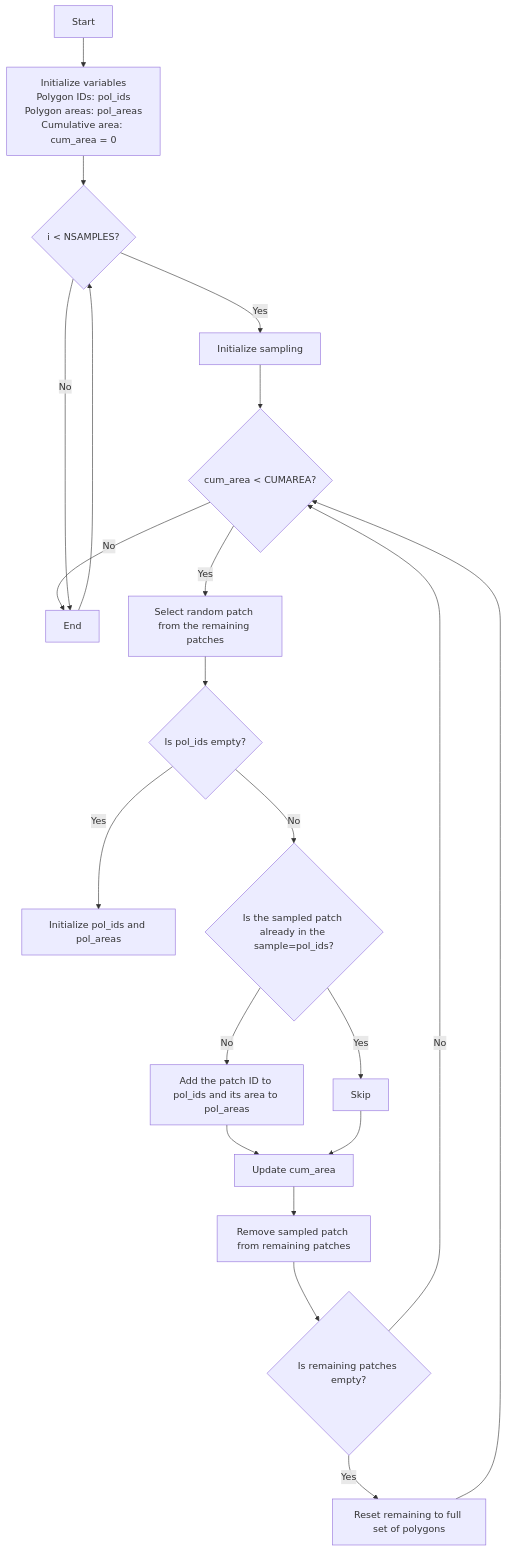
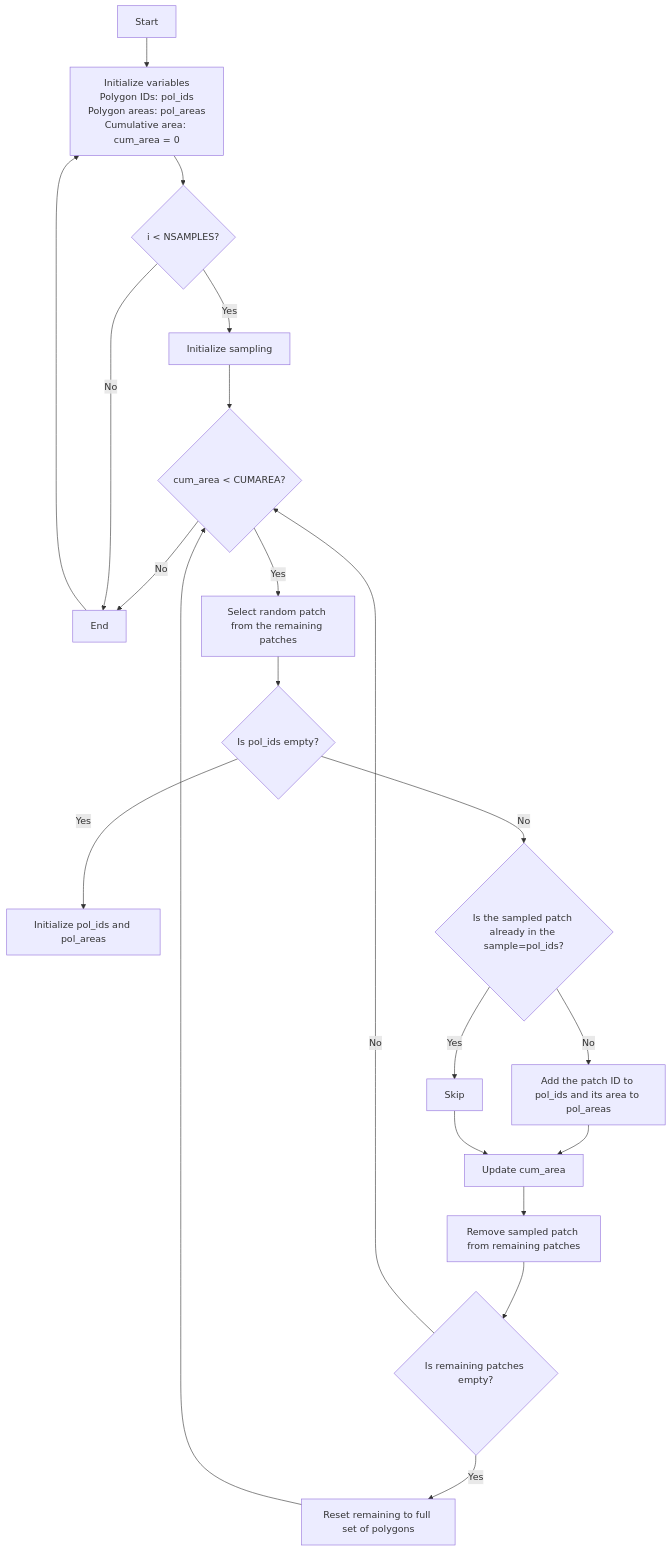
Before and after one commit to ManuelPopp/ZHConnect: the second of 2 diagrams in README.md, drawn with Mermaid.

````diff
--- a/README.md
+++ b/README.md
@@ -46,23 +46,23 @@
 ```mermaid
 flowchart TD
   A[Start] --> B[Initialize variables<br>Polygon IDs: pol_ids<br>Polygon areas: pol_areas<br>Cumulative area: cum_area = 0]
   B --> C{i < NSAMPLES?}
   C -- Yes --> D[Initialize sampling]
   D --> E{cum_area < CUMAREA?}
   E -- No --> P[Increase i by 1]
-  P --> C
+  P --> B
   E -- Yes --> F[Select random patch from the remaining patches]
   F --> G{Is pol_ids empty?}
   G -- Yes --> I[Initialize pol_ids and pol_areas]
   G -- No --> H{Is the sampled patch already in the sample=pol_ids?}
   H -- No --> J[Add the patch ID to pol_ids and its area to pol_areas]
   H -- Yes --> K[Skip]
   J --> L[Update cum_area]
   K --> L
   L --> M[Remove sampled patch from remaining patches]
   M --> N{Is remaining patches empty?}
   N -- Yes --> O[Reset remaining to full set of polygons]
   N -- No --> E
   O --> E
   C -- No --> P[End]
 ```
````
